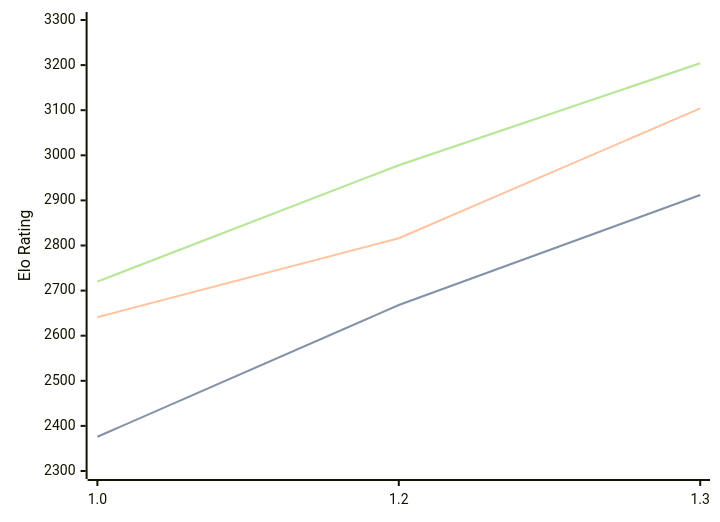
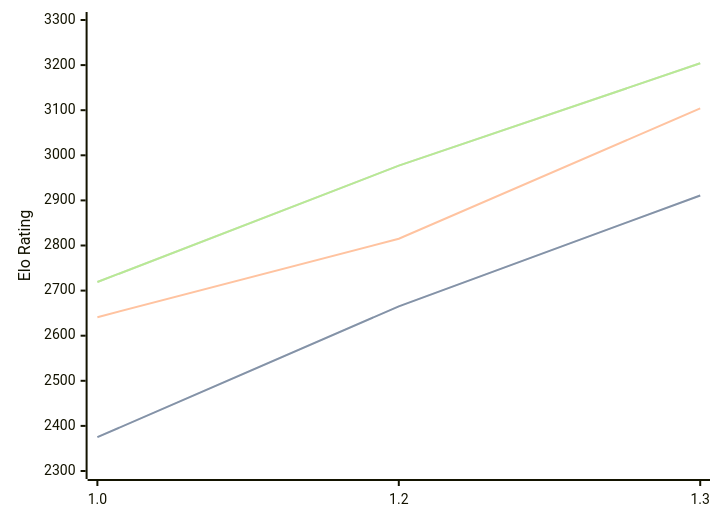
One commit to computer-chess-index/cci changed the diagram in engines/Chessnix.md. Above: the diagram before and after it, drawn with Mermaid. The commit also changed other lines of this file, not shown here.

Commit message:
Update CCI Ratings (ELO VLTC) - 2026-03-16

````diff
--- a/engines/Chessnix.md
+++ b/engines/Chessnix.md
@@ -33,11 +33,11 @@
 ```mermaid
 %%{init: {"theme":"base","themeVariables":{"seriesColors:['#a3a3a3','#222221','#faa371']}}}%%
 xychart-beta
   x-axis ["1.0", "1.2", "1.3"]
   y-axis "Elo Rating" 2300 --> 3300
-  line "STC (8.0+0.08s)" [2376, 2668, 2912]
-  line "STC (8.0+0.08s)" [2376, 2668, 2912]
-  line "LTC (60.0+0.60s)" [2641, 2816, 3104]
-  line "VLTC (2m24s+1.12s)" [2720, 2978, 3204]
-  line "VLTC (2m24s+1.12s)" [2720, 2978, 3204]
+  line "STC (8.0+0.08s)" [2375, 2665, 2911]
+  line "STC (8.0+0.08s)" [2375, 2665, 2911]
+  line "LTC (60.0+0.60s)" [2641, 2815, 3104]
+  line "VLTC (2m24s+1.12s)" [2719, 2977, 3204]
+  line "VLTC (2m24s+1.12s)" [2719, 2977, 3204]
 ```
````
